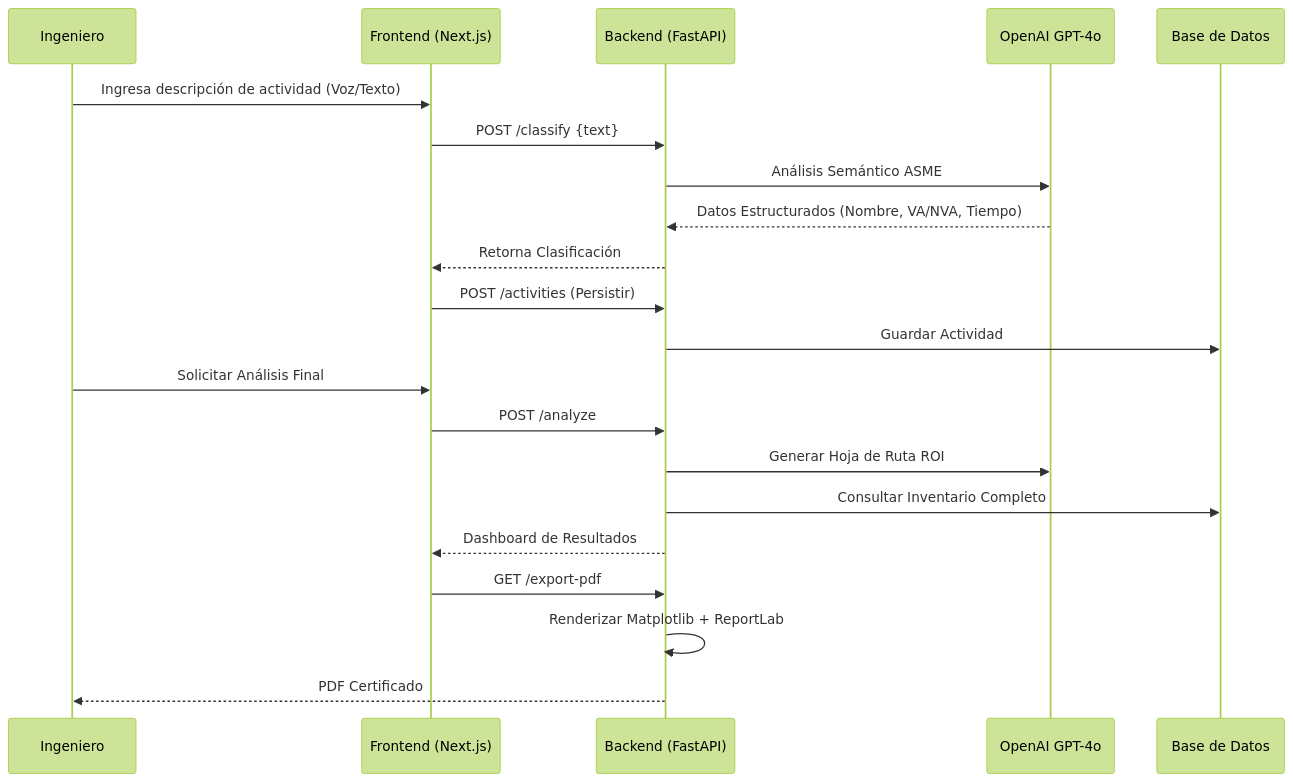
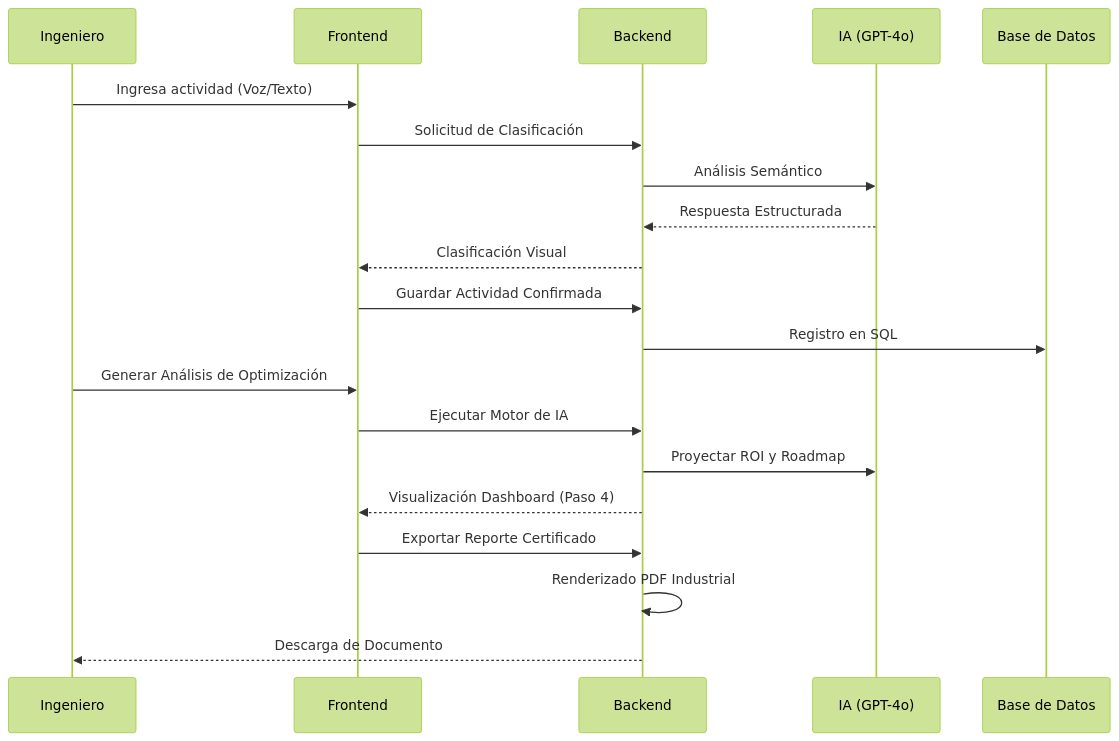
The third of 3 diagrams in ARCHITECTURE.md (Lpsolaress/ASME), drawn with Mermaid (forest theme) before and after one commit. The commit also changed other lines of this file and 3 other files, not shown here.

Commit message:
Actualización de documentación: índices de navegación, ARCHITECTURE.md con diagramas corregidos y manuales en español

````diff
--- a/ARCHITECTURE.md
+++ b/ARCHITECTURE.md
@@ -59,24 +60,23 @@
 ```mermaid
 sequenceDiagram
     participant U as Ingeniero
-    participant F as Frontend (Next.js)
-    participant B as Backend (FastAPI)
-    participant AI as OpenAI GPT-4o
+    participant F as Frontend
+    participant B as Backend
+    participant AI as IA (GPT-4o)
     participant D as Base de Datos
 
-    U->>F: Ingresa descripción de actividad (Voz/Texto)
-    F->>B: POST /classify {text}
-    B->>AI: Análisis Semántico ASME
-    AI-->>B: Datos Estructurados (Nombre, VA/NVA, Tiempo)
-    B-->>F: Retorna Clasificación
-    F->>B: POST /activities (Persistir)
-    B->>D: Guardar Actividad
-    U->>F: Solicitar Análisis Final
-    F->>B: POST /analyze
-    B->>AI: Generar Hoja de Ruta ROI
-    B->>D: Consultar Inventario Completo
-    B-->>F: Dashboard de Resultados
-    F->>B: GET /export-pdf
-    B->>B: Renderizar Matplotlib + ReportLab
-    B-->>U: PDF Certificado
+    U->>F: Ingresa actividad (Voz/Texto)
+    F->>B: Solicitud de Clasificación
+    B->>AI: Análisis Semántico
+    AI-->>B: Respuesta Estructurada
+    B-->>F: Clasificación Visual
+    F->>B: Guardar Actividad Confirmada
+    B->>D: Registro en SQL
+    U->>F: Generar Análisis de Optimización
+    F->>B: Ejecutar Motor de IA
+    B->>AI: Proyectar ROI y Roadmap
+    B-->>F: Visualización Dashboard (Paso 4)
+    F->>B: Exportar Reporte Certificado
+    B->>B: Renderizado PDF Industrial
+    B-->>U: Descarga de Documento
 ```
````
